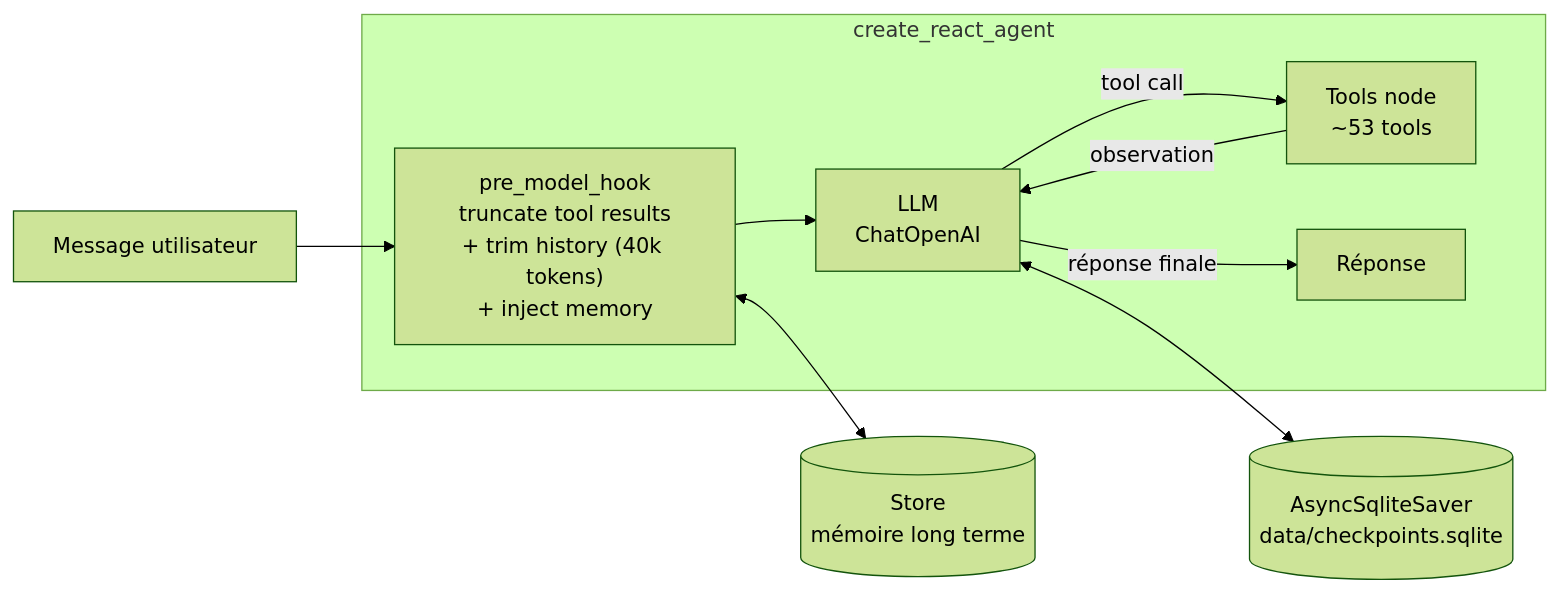
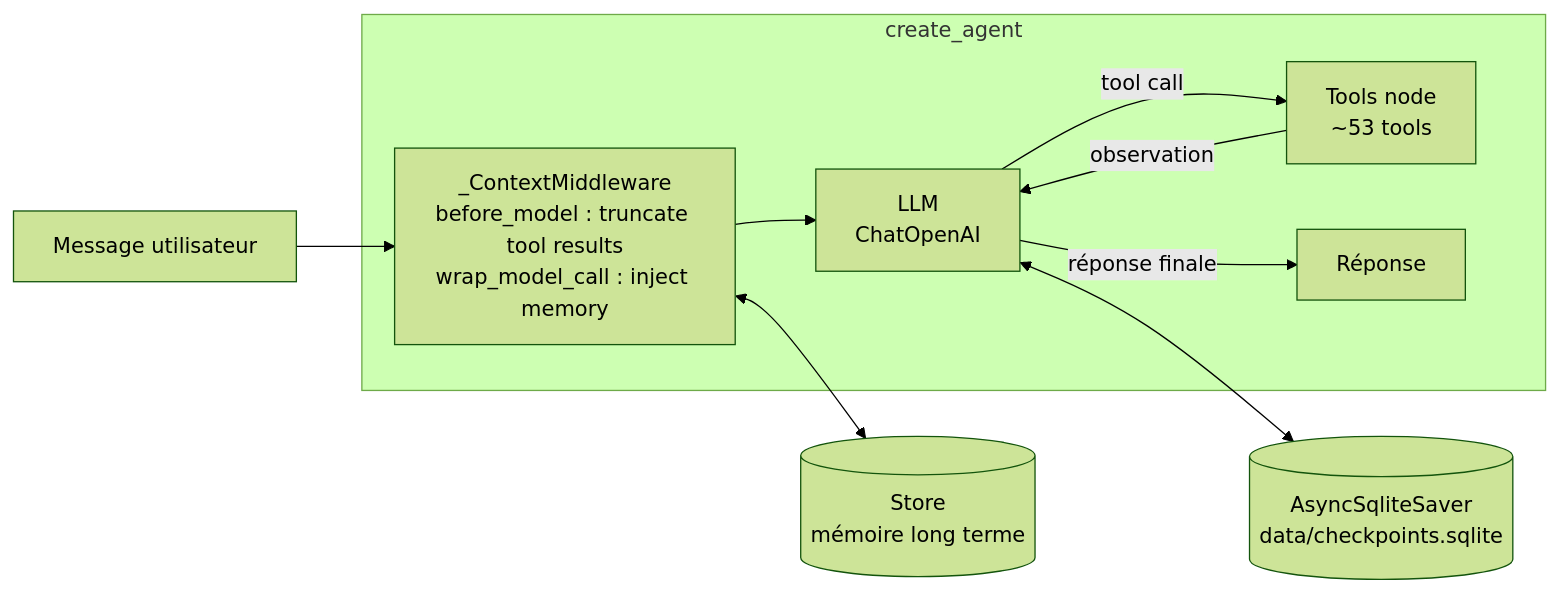
Before and after one commit to TidianeCisse777/IDEA: the second of 2 diagrams in ARCHITECTURE.md, drawn with Mermaid (forest theme). The commit also changed other lines of this file and 5 other files, not shown here.

First line of the commit message:
refactor(agent): migrate create_react_agent → create_agent + activate memory injection

````diff
--- a/ARCHITECTURE.md
+++ b/ARCHITECTURE.md
@@ -76,19 +76,19 @@
 ```mermaid
 flowchart LR
     IN[Message utilisateur] --> HOOK
 
-    subgraph Agent["create_react_agent"]
-        HOOK["pre_model_hook<br/>truncate tool results<br/>+ trim history (40k tokens)<br/>+ inject memory"]
+    subgraph Agent["create_agent"]
+        HOOK["_ContextMiddleware<br/>before_model : truncate tool results<br/>wrap_model_call : inject memory"]
         MODEL["LLM<br/>ChatOpenAI"]
         TOOLS["Tools node<br/>~53 tools"]
         HOOK --> MODEL
         MODEL -->|tool call| TOOLS
         TOOLS -->|observation| MODEL
         MODEL -->|réponse finale| OUT[Réponse]
     end
 
     CKPT[("AsyncSqliteSaver<br/>data/checkpoints.sqlite")]
     STORE[("Store<br/>mémoire long terme")]
     MODEL <--> CKPT
     HOOK <--> STORE
 ```
````
